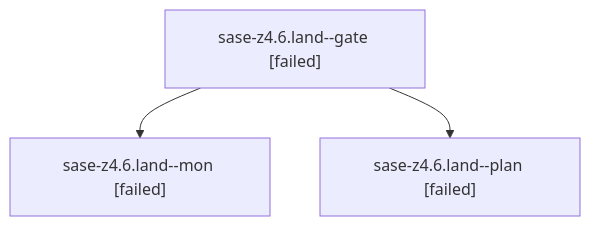
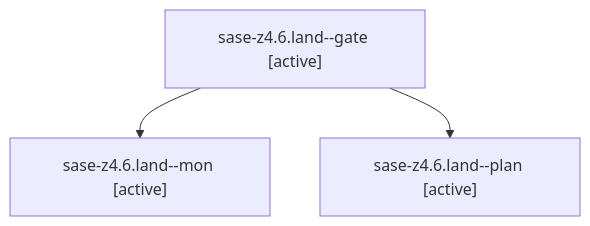
The diagram in families/bbugyi200.athena.sase-z4.6.land.md (sase-org/sase--agents), drawn with Mermaid before and after one commit. The commit also changed other lines of this file and 35830 other files, not shown here.

````diff
--- a/families/bbugyi200.athena.sase-z4.6.land.md
+++ b/families/bbugyi200.athena.sase-z4.6.land.md
@@ -9,8 +9,8 @@
 ```mermaid
 flowchart TD
-  n0["sase-z4.6.land--gate [failed]"]
-  n1["sase-z4.6.land--mon [failed]"]
+  n0["sase-z4.6.land--gate [active]"]
+  n1["sase-z4.6.land--mon [active]"]
   n0 --> n1
-  n2["sase-z4.6.land--plan [failed]"]
+  n2["sase-z4.6.land--plan [active]"]
   n0 --> n2
 ```
````
